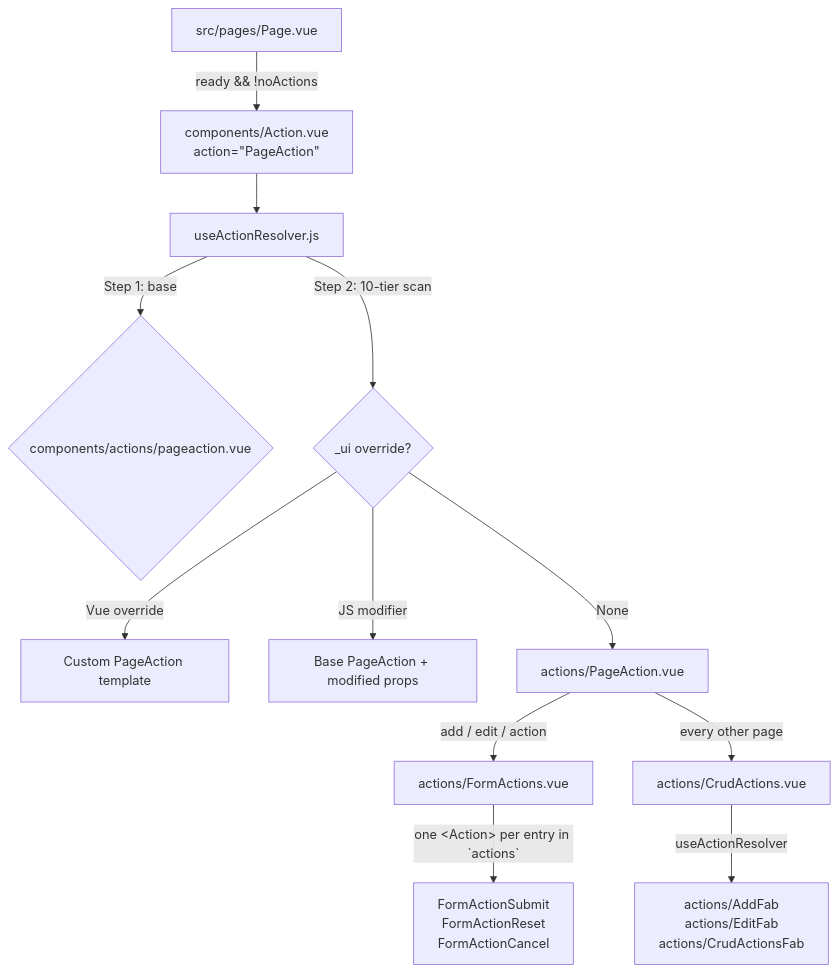
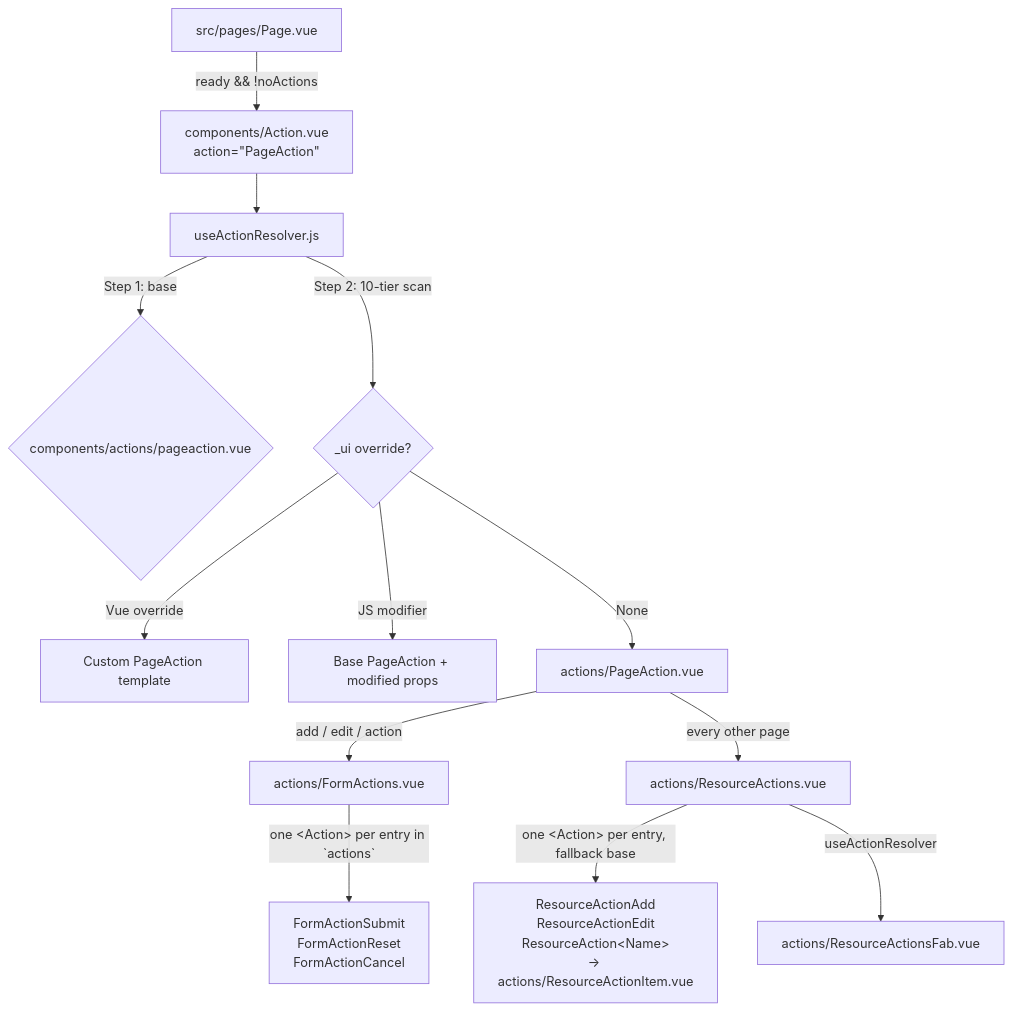
Before and after one commit to firumon/little-leap-aql: the diagram in Documents/AQL_ACTION_SYSTEM.md, drawn with Mermaid. The commit also changed other lines of this file and 7 other files, not shown here.

Commit message:
docs(actions): update canonical specs, component registries, and doc routing for Action subsystem

````diff
--- a/Documents/AQL_ACTION_SYSTEM.md
+++ b/Documents/AQL_ACTION_SYSTEM.md
@@ -19,17 +19,18 @@
 ```mermaid
 graph TD
     PageVue[src/pages/Page.vue] --> |ready && !noActions| ActionVue[components/Action.vue<br/>action=&quot;PageAction&quot;]
     ActionVue --> useActionResolver[useActionResolver.js]
     useActionResolver --> |Step 1: base| BaseScan{components/actions/pageaction.vue}
     useActionResolver --> |Step 2: 10-tier scan| OverrideScan{_ui override?}
 
     OverrideScan --> |Vue override| CustomPageAction[Custom PageAction template]
     OverrideScan --> |JS modifier| BaseWithProps[Base PageAction + modified props]
     OverrideScan --> |None| BasePageAction[actions/PageAction.vue]
 
     BasePageAction --> |add / edit / action| FormActions[actions/FormActions.vue]
-    BasePageAction --> |every other page| CrudActions[actions/CrudActions.vue]
+    BasePageAction --> |every other page| ResourceActions[actions/ResourceActions.vue]
 
     FormActions --> |one &lt;Action&gt; per entry in `actions`| Buttons[FormActionSubmit<br/>FormActionReset<br/>FormActionCancel]
-    CrudActions --> |useActionResolver| Fabs[actions/AddFab<br/>actions/EditFab<br/>actions/CrudActionsFab]
+    ResourceActions --> |one &lt;Action&gt; per entry, fallback base| Items[ResourceActionAdd<br/>ResourceActionEdit<br/>ResourceAction&lt;Name&gt;<br/>→ actions/ResourceActionItem.vue]
+    ResourceActions --> |useActionResolver| Fab[actions/ResourceActionsFab.vue]
 ```
````
